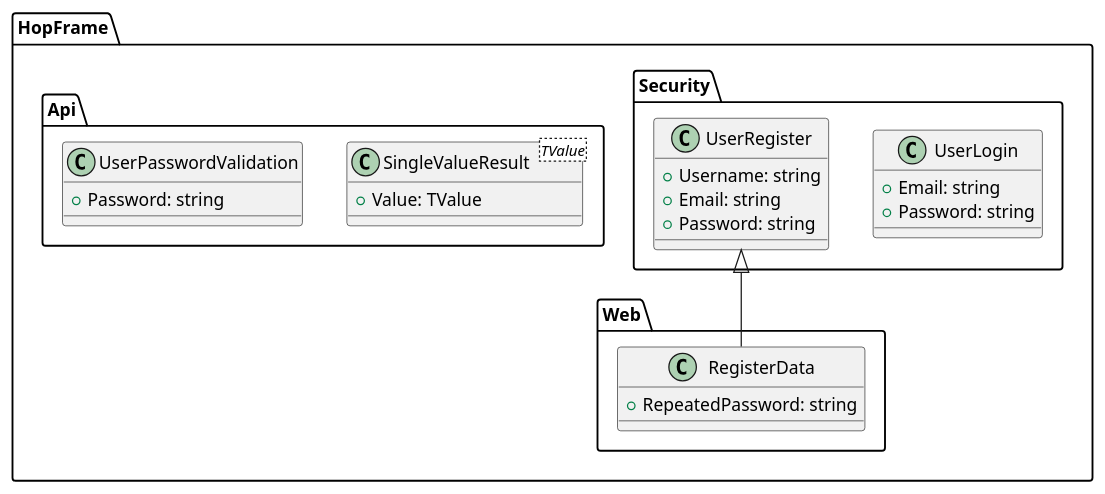
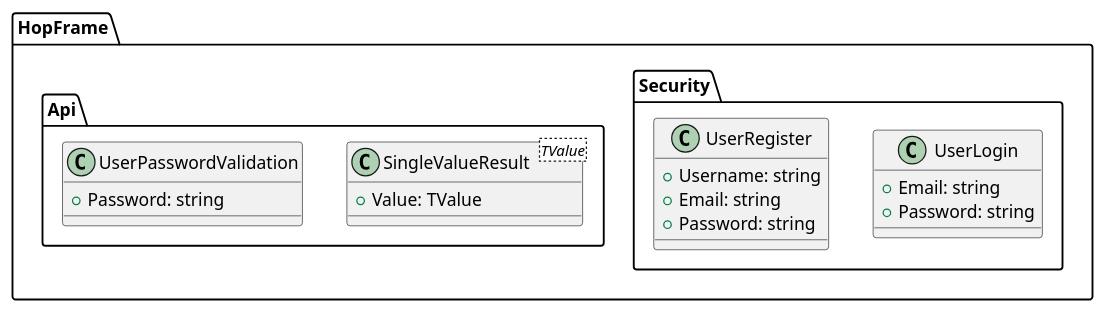
The diagram in docs/Diagrams/Models/ApiModels.puml (leonhoppe/HopFrame), drawn with PlantUML before and after one commit. The commit also changed 7 other files, not shown here.

```diff
--- a/docs/Diagrams/Models/ApiModels.puml
+++ b/docs/Diagrams/Models/ApiModels.puml
@@ -1,34 +1,26 @@
 @startuml ApiModels
 
 namespace HopFrame.Security {
     class UserLogin {
         +Email: string
         +Password: string
     }
     
     class UserRegister {
         +Username: string
         +Email: string
         +Password: string
     }
 }
 
-namespace HopFrame.Web {
-    class RegisterData {
-        +RepeatedPassword: string
-    }
-}
-
 namespace HopFrame.Api {
     class SingleValueResult<TValue> {
         +Value: TValue
     }
     
     class UserPasswordValidation {
         +Password: string
     }
 }
 
-UserRegister <|-- RegisterData
-
 @enduml
```
